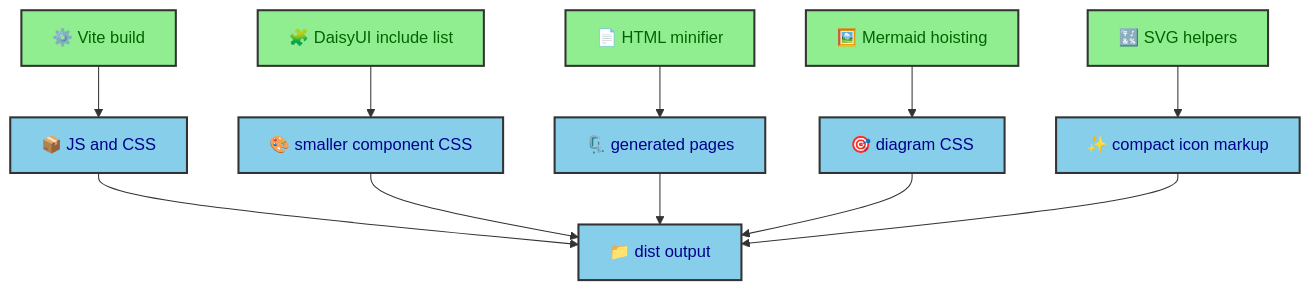
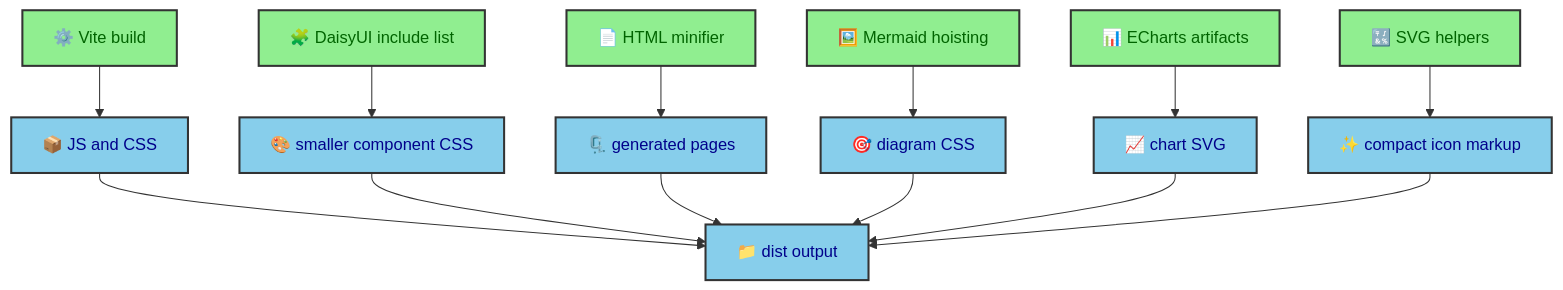
One commit to duranalberto/albertoduran changed the diagram in src/thejournal/building_albertoduran/performance/file_optimization.mdx. Above: the diagram before and after it, drawn with Mermaid. The commit also changed other lines of this file and 45 other files, not shown here.

````diff
--- a/src/thejournal/building_albertoduran/performance/file_optimization.mdx
+++ b/src/thejournal/building_albertoduran/performance/file_optimization.mdx
@@ -20,19 +21,21 @@
 ```mermaid
 flowchart TD
     Vite[⚙️ Vite build] --> JsCss[📦 JS and CSS]
     Daisy[🧩 DaisyUI include list] --> Css[🎨 smaller component CSS]
     Html[📄 HTML minifier] --> Pages[🗜️ generated pages]
     Mermaid[🖼️ Mermaid hoisting] --> DiagramCss[🎯 diagram CSS]
+    Charts[📊 ECharts artifacts] --> ChartSvg[📈 chart SVG]
     Svg[🔣 SVG helpers] --> Icons[✨ compact icon markup]
     JsCss --> Dist[📁 dist output]
     Css --> Dist
     Pages --> Dist
     DiagramCss --> Dist
+    ChartSvg --> Dist
     Icons --> Dist
 
     classDef process fill:#90EE90,stroke:#333,stroke-width:2px,color:darkgreen
     classDef output fill:#87CEEB,stroke:#333,stroke-width:2px,color:darkblue
 
-    class Vite,Daisy,Html,Mermaid,Svg process
-    class JsCss,Css,Pages,DiagramCss,Icons,Dist output
+    class Vite,Daisy,Html,Mermaid,Charts,Svg process
+    class JsCss,Css,Pages,DiagramCss,ChartSvg,Icons,Dist output
 ```
````
